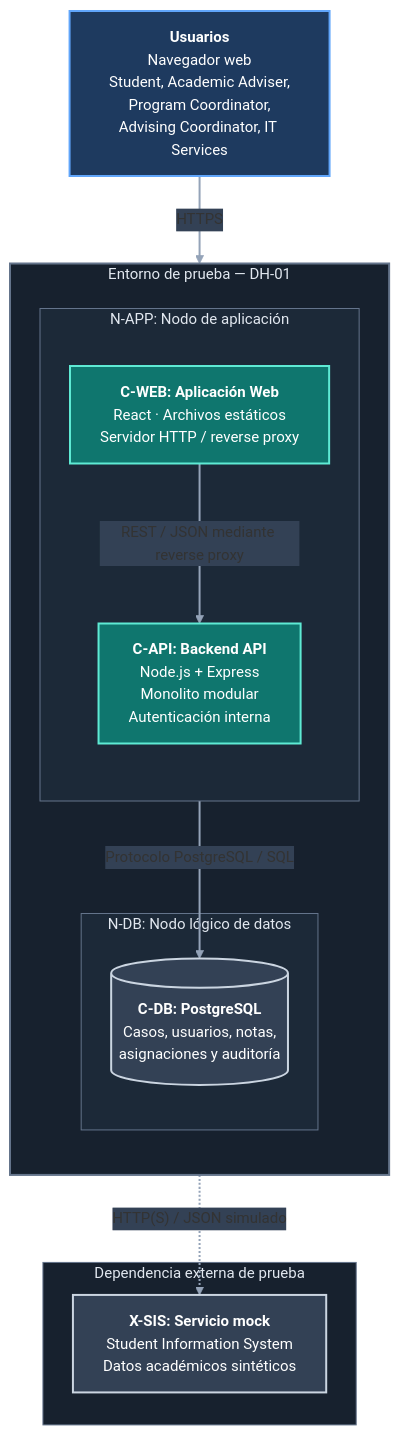
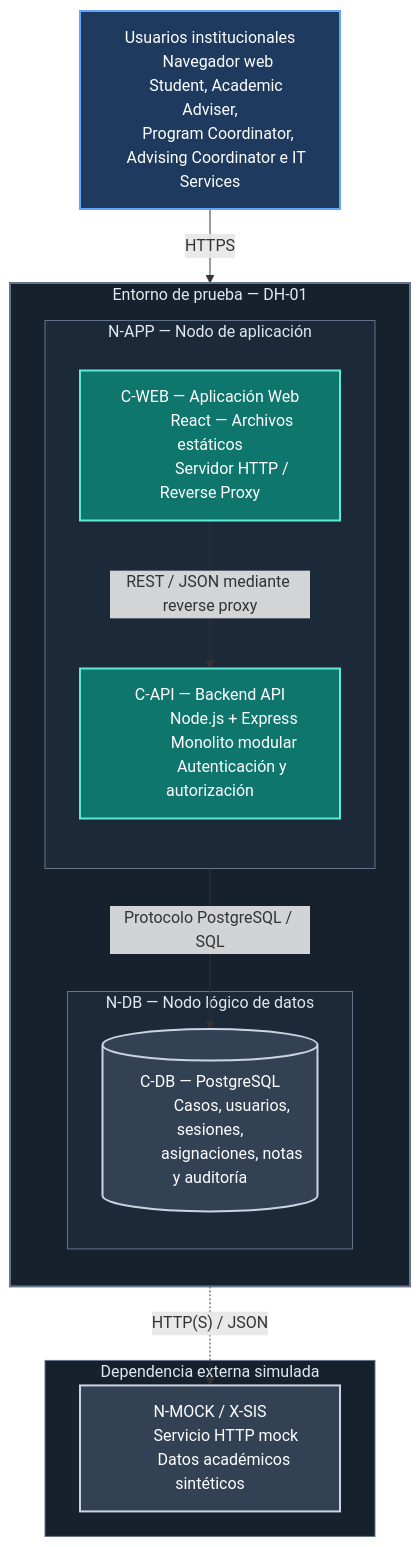
Before and after one commit to Nayea29/dh01-academic-advising: the diagram in docs/evaluation-2/views/deployment-view.md, drawn with Mermaid. The commit also changed other lines of this file and 29 other files, not shown here.

Commit message:
docs: complete Evaluation 2 architecture and design documentation

````diff
--- a/docs/evaluation-2/views/deployment-view.md
+++ b/docs/evaluation-2/views/deployment-view.md
@@ -34,59 +36,56 @@
 ```mermaid
-%%{init: {"theme": "base", "themeVariables": {"fontFamily": "Arial", "fontSize": "15px", "lineColor": "#94A3B8", "edgeLabelBackground": "#334155"}, "flowchart": {"nodeSpacing": 40, "rankSpacing": 65, "htmlLabels": true}}}%%
 flowchart TB
-    USER["`**Usuarios**
+    USER["Usuarios institucionales
     Navegador web
     Student, Academic Adviser,
     Program Coordinator,
-    Advising Coordinator, IT Services`"]
+    Advising Coordinator e IT Services"]
 
     subgraph ENV["Entorno de prueba — DH-01"]
         direction TB
 
-        subgraph APP["N-APP: Nodo de aplicación"]
+        subgraph APP["N-APP — Nodo de aplicación"]
             direction TB
 
-            WEB["`**C-WEB: Aplicación Web**
-            React · Archivos estáticos
-            Servidor HTTP / reverse proxy`"]
+            WEB["C-WEB — Aplicación Web
+            React — Archivos estáticos
+            Servidor HTTP / Reverse Proxy"]
 
-            API["`**C-API: Backend API**
+            API["C-API — Backend API
             Node.js + Express
             Monolito modular
-            Autenticación interna`"]
+            Autenticación y autorización"]
 
             WEB -->|"REST / JSON mediante reverse proxy"| API
         end
 
-        subgraph DATA["N-DB: Nodo lógico de datos"]
-            DB[("`**C-DB: PostgreSQL**
-            Casos, usuarios, notas,
-            asignaciones y auditoría`")]
+        subgraph DATA["N-DB — Nodo lógico de datos"]
+            DB[("C-DB — PostgreSQL
+            Casos, usuarios, sesiones,
+            asignaciones, notas y auditoría")]
         end
     end
 
-    subgraph TEST["Dependencia externa de prueba"]
-        SIS["`**X-SIS: Servicio mock**
-        Student Information System
-        Datos académicos sintéticos`"]
+    subgraph TEST["Dependencia externa simulada"]
+        SIS["N-MOCK / X-SIS
+        Servicio HTTP mock
+        Datos académicos sintéticos"]
     end
 
     USER -->|"HTTPS"| WEB
     API -->|"Protocolo PostgreSQL / SQL"| DB
-    API -.->|"HTTP(S) / JSON simulado"| SIS
+    API -.->|"HTTP(S) / JSON"| SIS
 
     classDef actor fill:#1E3A5F,stroke:#60A5FA,color:#FFFFFF,stroke-width:2px
     classDef app fill:#0F766E,stroke:#5EEAD4,color:#FFFFFF,stroke-width:2px
     classDef infra fill:#334155,stroke:#CBD5E1,color:#FFFFFF,stroke-width:2px
 
     class USER actor
     class WEB,API app
     class DB,SIS infra
 
     style ENV fill:#17212E,stroke:#64748B,color:#E2E8F0,stroke-width:2px
     style APP fill:#1C2938,stroke:#64748B,color:#E2E8F0
     style DATA fill:#1C2938,stroke:#64748B,color:#E2E8F0
     style TEST fill:#17212E,stroke:#64748B,color:#E2E8F0
-
-    linkStyle default stroke:#94A3B8,stroke-width:2px
 ```
````
